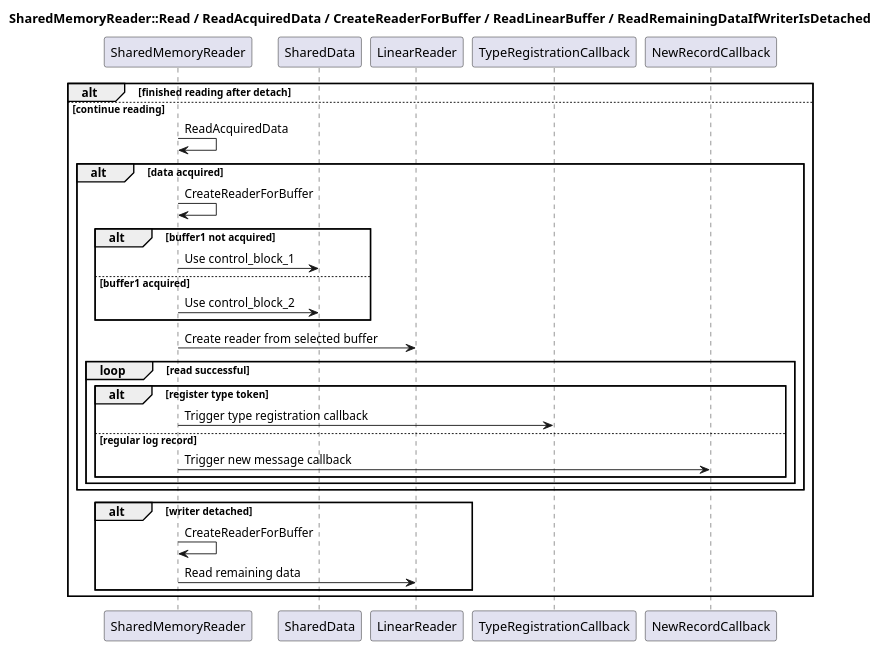
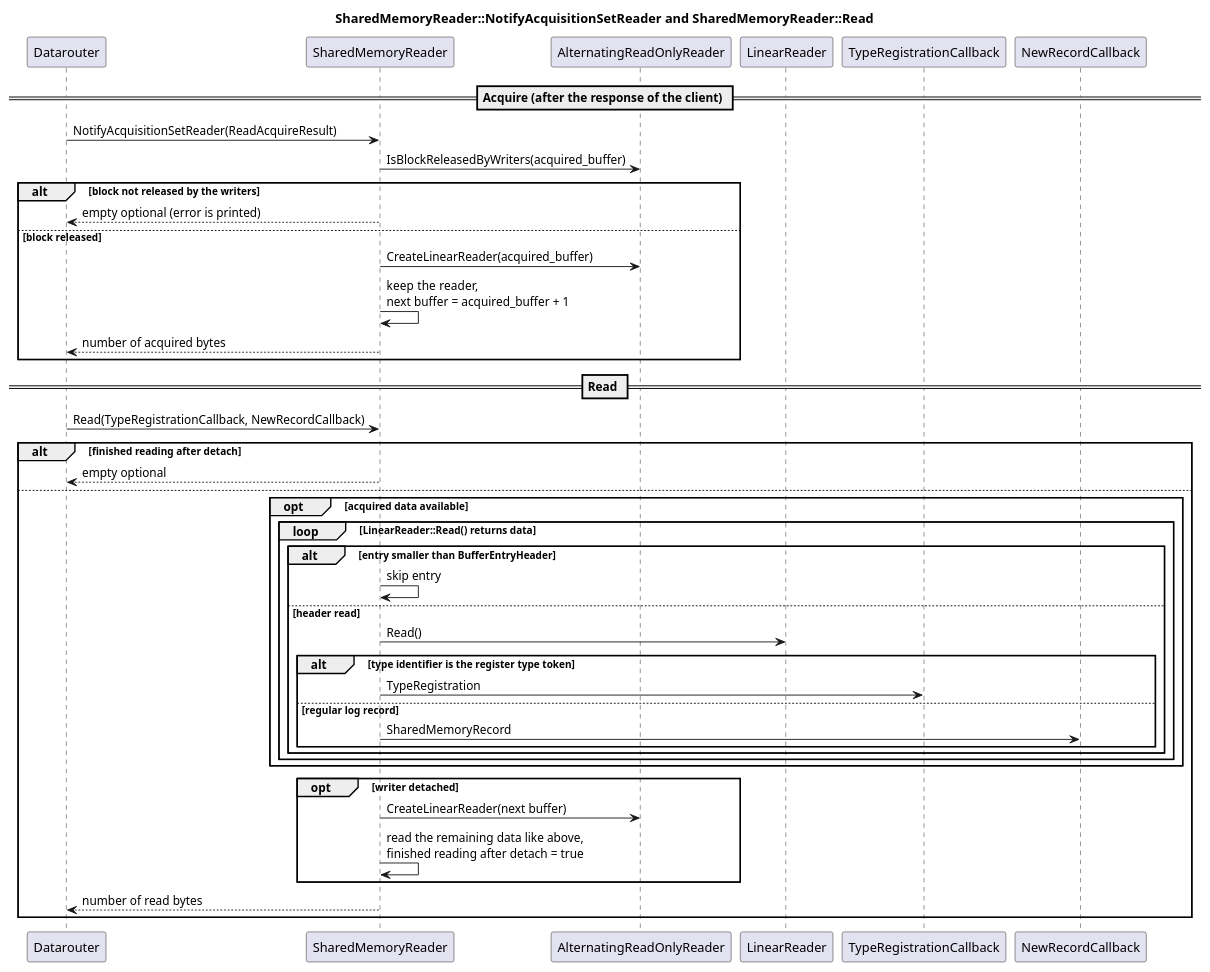
The diagram in docs/components/mw_log/detailed_design/_assets/shared_memory_reader_read.puml (eclipse-score/logging), drawn with PlantUML before and after one commit. The commit also changed 10 other files, not shown here.

First line of the commit message:
docs(mw/log): align datarouter backend design with code

```diff
--- a/docs/components/mw_log/detailed_design/_assets/shared_memory_reader_read.puml
+++ b/docs/components/mw_log/detailed_design/_assets/shared_memory_reader_read.puml
@@ -14,36 +14,51 @@
 @startuml shared_memory_reader_read
 
-title SharedMemoryReader::Read / ReadAcquiredData / CreateReaderForBuffer / ReadLinearBuffer / ReadRemainingDataIfWriterIsDetached
+title SharedMemoryReader::NotifyAcquisitionSetReader and SharedMemoryReader::Read
 
+participant "Datarouter" as Datarouter
 participant "SharedMemoryReader" as SharedMemoryReader
-participant "SharedData" as SharedData
+participant "AlternatingReadOnlyReader" as AlternatingReadOnlyReader
 participant "LinearReader" as LinearReader
 participant "TypeRegistrationCallback" as TypeRegistrationCallback
 participant "NewRecordCallback" as NewRecordCallback
 
+== Acquire (after the response of the client) ==
+
+Datarouter -> SharedMemoryReader : NotifyAcquisitionSetReader(ReadAcquireResult)
+SharedMemoryReader -> AlternatingReadOnlyReader : IsBlockReleasedByWriters(acquired_buffer)
+alt block not released by the writers
+    Datarouter <-- SharedMemoryReader : empty optional (error is printed)
+else block released
+    SharedMemoryReader -> AlternatingReadOnlyReader : CreateLinearReader(acquired_buffer)
+    SharedMemoryReader -> SharedMemoryReader : keep the reader,\nnext buffer = acquired_buffer + 1
+    Datarouter <-- SharedMemoryReader : number of acquired bytes
+end
+
+== Read ==
+
+Datarouter -> SharedMemoryReader : Read(TypeRegistrationCallback, NewRecordCallback)
 alt finished reading after detach
-else continue reading
-    SharedMemoryReader -> SharedMemoryReader : ReadAcquiredData
-    alt data acquired
-        SharedMemoryReader -> SharedMemoryReader : CreateReaderForBuffer
-        alt buffer1 not acquired
-            SharedMemoryReader -> SharedData : Use control_block_1
-        else buffer1 acquired
-            SharedMemoryReader -> SharedData : Use control_block_2
-        end
-        SharedMemoryReader -> LinearReader : Create reader from selected buffer
-        loop read successful
-            alt register type token
-                SharedMemoryReader -> TypeRegistrationCallback : Trigger type registration callback
-            else regular log record
-                SharedMemoryReader -> NewRecordCallback : Trigger new message callback
+    Datarouter <-- SharedMemoryReader : empty optional
+else
+    opt acquired data available
+        loop LinearReader::Read() returns data
+            alt entry smaller than BufferEntryHeader
+                SharedMemoryReader -> SharedMemoryReader : skip entry
+            else header read
+                SharedMemoryReader -> LinearReader : Read()
+                alt type identifier is the register type token
+                    SharedMemoryReader -> TypeRegistrationCallback : TypeRegistration
+                else regular log record
+                    SharedMemoryReader -> NewRecordCallback : SharedMemoryRecord
+                end
             end
         end
     end
-    alt writer detached
-        SharedMemoryReader -> SharedMemoryReader : CreateReaderForBuffer
-        SharedMemoryReader -> LinearReader : Read remaining data
+    opt writer detached
+        SharedMemoryReader -> AlternatingReadOnlyReader : CreateLinearReader(next buffer)
+        SharedMemoryReader -> SharedMemoryReader : read the remaining data like above,\nfinished reading after detach = true
     end
+    Datarouter <-- SharedMemoryReader : number of read bytes
 end
 
 @enduml
```
